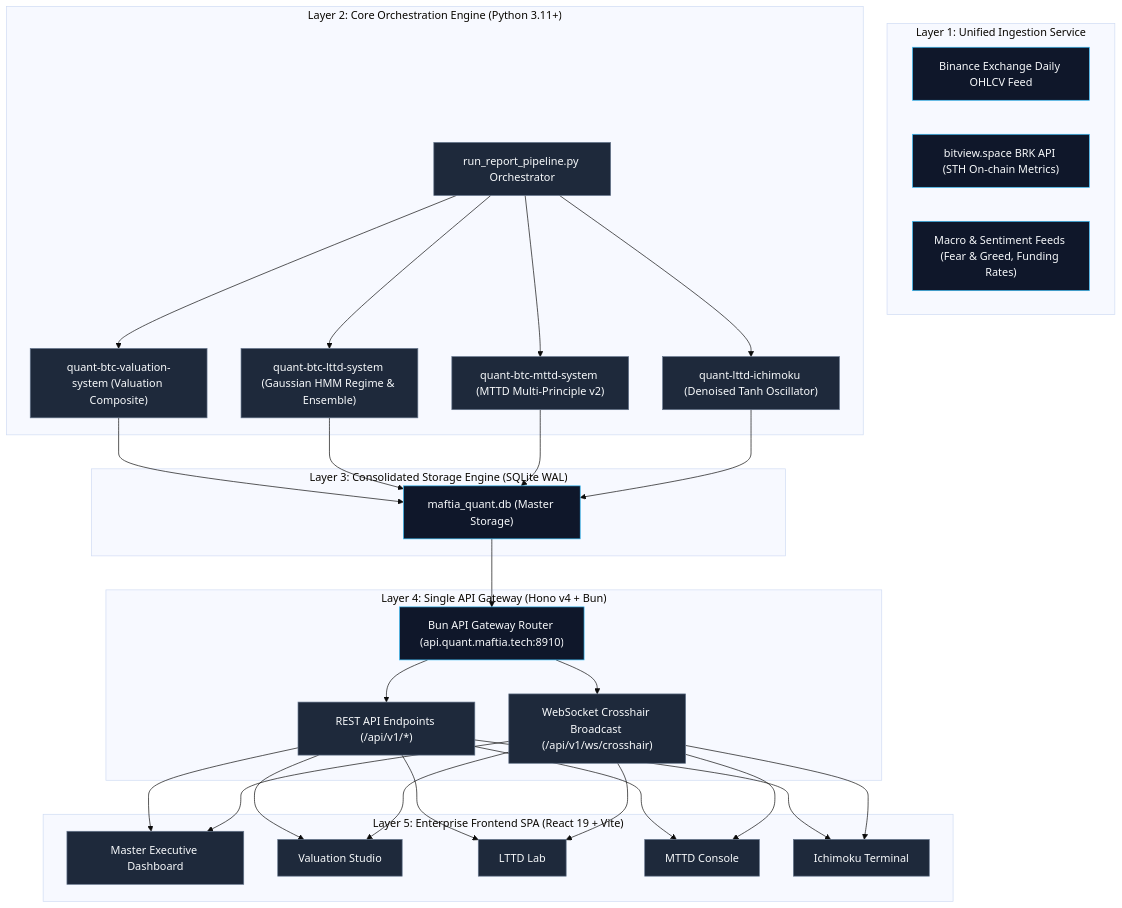
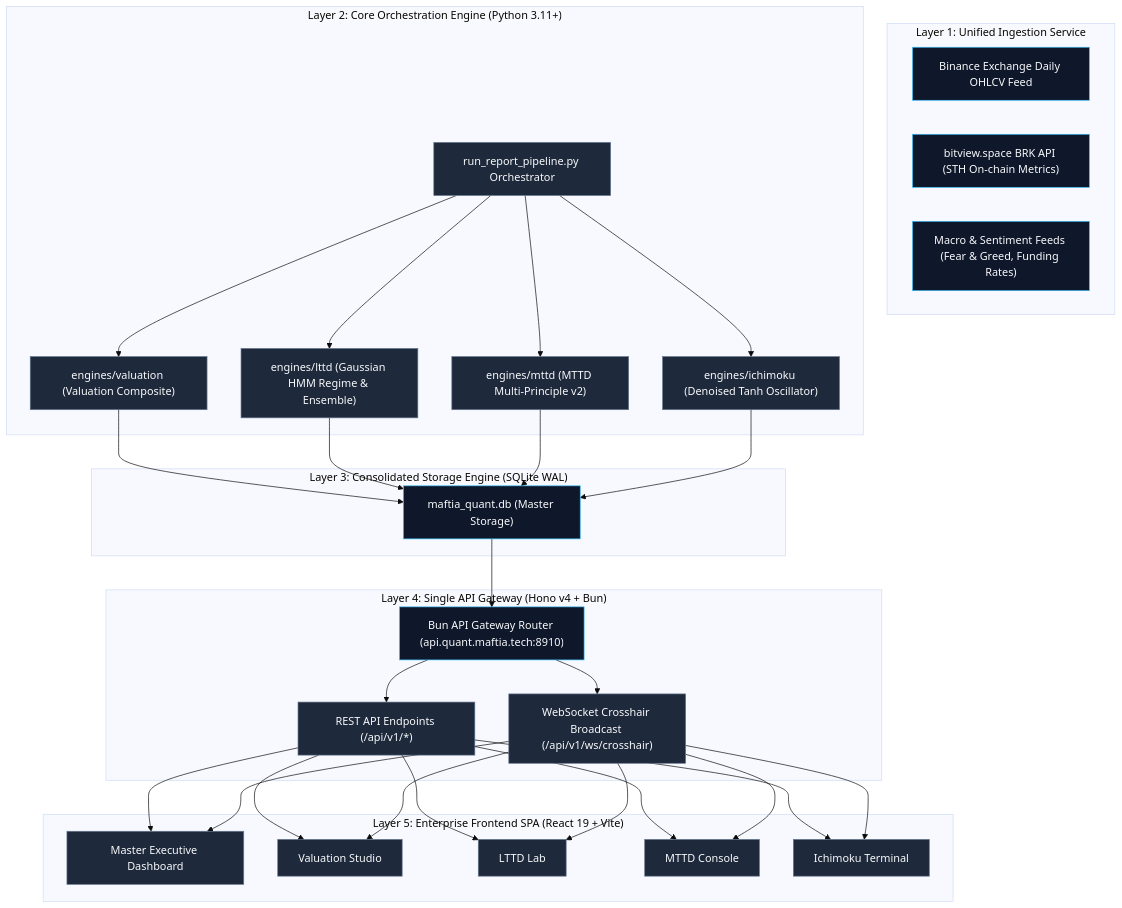
The first of 3 diagrams in docs/architecture/00_end_to_end.md (lutfi-zain/quant.maftia.tech), drawn with Mermaid (base theme) before and after one commit. The commit also changed other lines of this file and 4 other files, not shown here.

Commit message:
docs: update system architecture specs to reflect monorepo layout

````diff
--- a/docs/architecture/00_end_to_end.md
+++ b/docs/architecture/00_end_to_end.md
@@ -18,58 +18,58 @@
 ```mermaid
 graph TD
     subgraph Layer1 ["Layer 1: Unified Ingestion Service"]
         DS_Binance["Binance Exchange Daily OHLCV Feed"]
         DS_Bitview["bitview.space BRK API (STH On-chain Metrics)"]
         DS_Macro["Macro & Sentiment Feeds (Fear & Greed, Funding Rates)"]
     end
 
     subgraph Layer2 ["Layer 2: Core Orchestration Engine (Python 3.11+)"]
         Orch["run_report_pipeline.py Orchestrator"]
-        Sys1["quant-btc-valuation-system (Valuation Composite)"]
-        Sys2["quant-btc-lttd-system (Gaussian HMM Regime & Ensemble)"]
-        Sys3["quant-btc-mttd-system (MTTD Multi-Principle v2)"]
-        Sys4["quant-lttd-ichimoku (Denoised Tanh Oscillator)"]
+        Sys1["engines/valuation (Valuation Composite)"]
+        Sys2["engines/lttd (Gaussian HMM Regime & Ensemble)"]
+        Sys3["engines/mttd (MTTD Multi-Principle v2)"]
+        Sys4["engines/ichimoku (Denoised Tanh Oscillator)"]
         
         Orch --> Sys1
         Orch --> Sys2
         Orch --> Sys3
         Orch --> Sys4
     end
 
     subgraph Layer3 ["Layer 3: Consolidated Storage Engine (SQLite WAL)"]
         DB_Master["maftia_quant.db (Master Storage)"]
         
         Sys1 --> DB_Master
         Sys2 --> DB_Master
         Sys3 --> DB_Master
         Sys4 --> DB_Master
     end
 
     subgraph Layer4 ["Layer 4: Single API Gateway (Hono v4 + Bun)"]
         GW["Bun API Gateway Router (api.quant.maftia.tech:8910)"]
         REST["REST API Endpoints (/api/v1/*)"]
         WS["WebSocket Crosshair Broadcast (/api/v1/ws/crosshair)"]
         
         DB_Master --> GW
         GW --> REST
         GW --> WS
     end
 
     subgraph Layer5 ["Layer 5: Enterprise Frontend SPA (React 19 + Vite)"]
         UI_Dash["Master Executive Dashboard"]
         UI_Val["Valuation Studio"]
         UI_LTTD["LTTD Lab"]
         UI_MTTD["MTTD Console"]
         UI_Ich["Ichimoku Terminal"]
         
         REST & WS --> UI_Dash
         REST & WS --> UI_Val
         REST & WS --> UI_LTTD
         REST & WS --> UI_MTTD
         REST & WS --> UI_Ich
     end
 
     classDef default fill:#1e293b,stroke:#64748b,color:#f8fafc;
     classDef highlight fill:#0f172a,stroke:#38bdf8,color:#f8fafc;
     class DS_Binance,DS_Bitview,DS_Macro,DB_Master,GW highlight;
 ```
````
